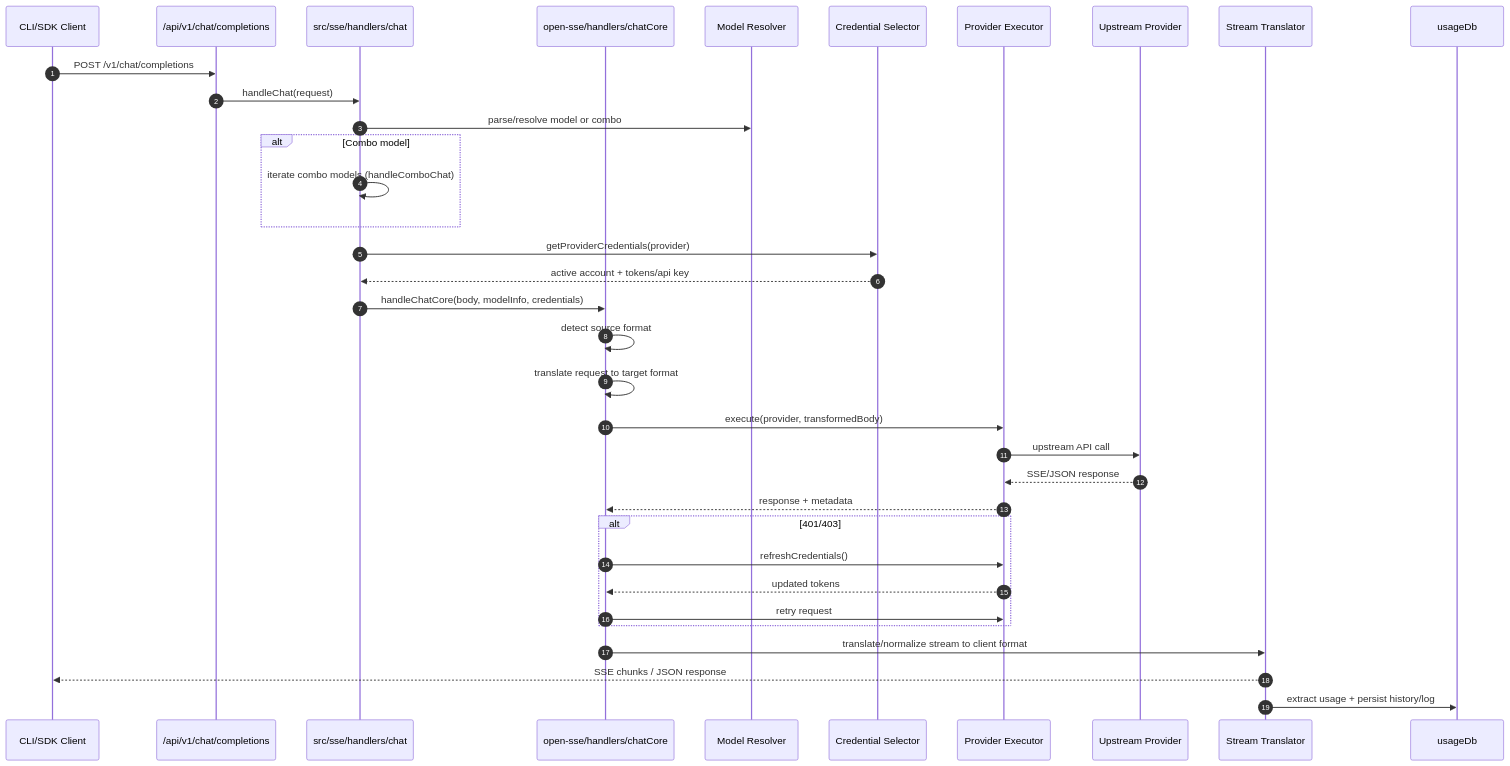
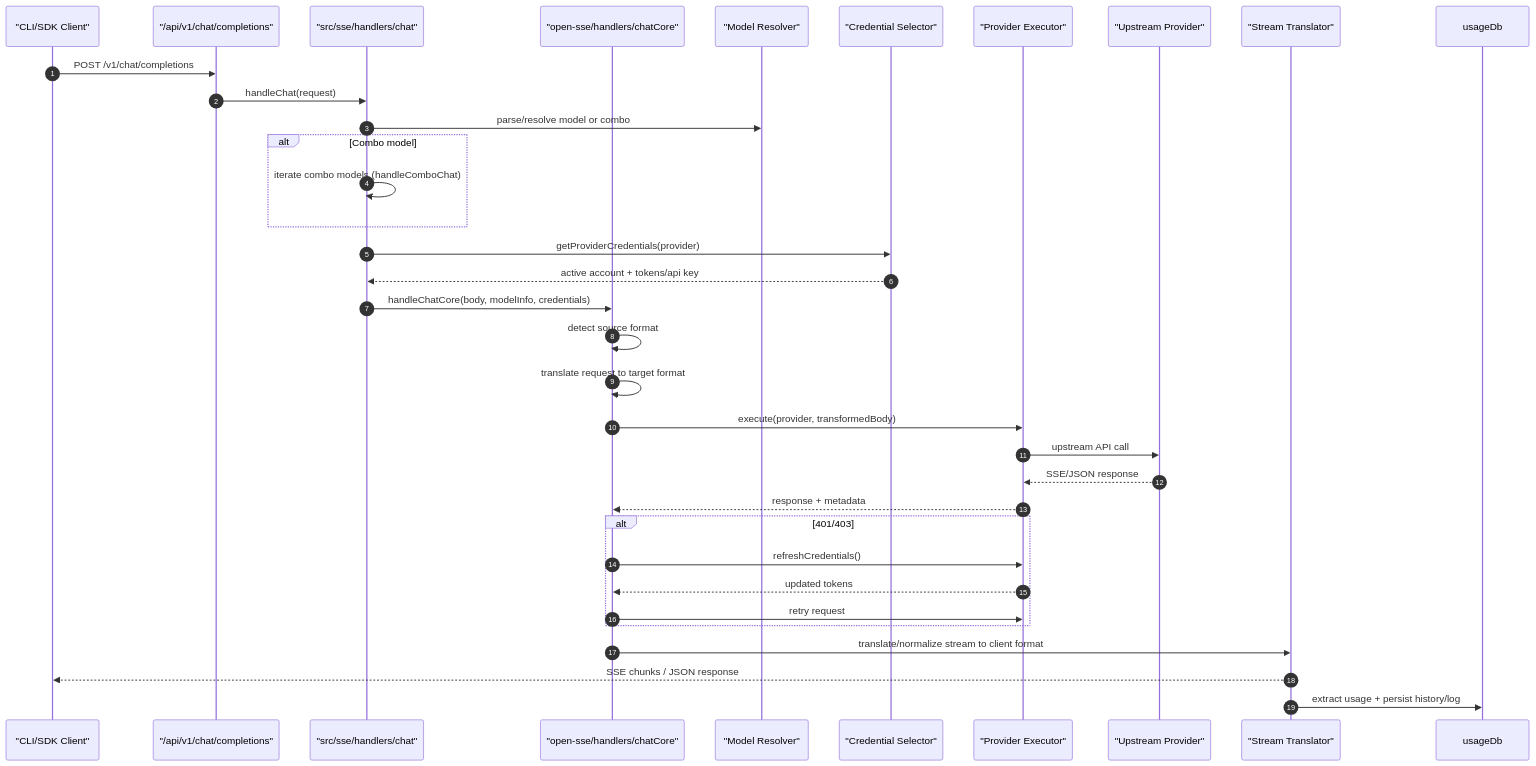
The second of 7 diagrams in docs/ARCHITECTURE.md (dt418/9router-docker), drawn with Mermaid before and after one commit. The commit also changed other lines of this file and 1 other file, not shown here.

Commit message:
docs: fix mermaid diagram rendering issues

````diff
--- a/docs/ARCHITECTURE.md
+++ b/docs/ARCHITECTURE.md
@@ -165,44 +165,44 @@
 ```mermaid
 sequenceDiagram
     autonumber
-    participant Client as CLI/SDK Client
-    participant Route as /api/v1/chat/completions
-    participant Chat as src/sse/handlers/chat
-    participant Core as open-sse/handlers/chatCore
-    participant Model as Model Resolver
-    participant Auth as Credential Selector
-    participant Exec as Provider Executor
-    participant Prov as Upstream Provider
-    participant Stream as Stream Translator
+    participant Client as "CLI/SDK Client"
+    participant Route as "/api/v1/chat/completions"
+    participant Chat as "src/sse/handlers/chat"
+    participant Core as "open-sse/handlers/chatCore"
+    participant Model as "Model Resolver"
+    participant Auth as "Credential Selector"
+    participant Exec as "Provider Executor"
+    participant Prov as "Upstream Provider"
+    participant Stream as "Stream Translator"
     participant Usage as usageDb
 
     Client->>Route: POST /v1/chat/completions
     Route->>Chat: handleChat(request)
     Chat->>Model: parse/resolve model or combo
 
     alt Combo model
         Chat->>Chat: iterate combo models (handleComboChat)
     end
 
     Chat->>Auth: getProviderCredentials(provider)
     Auth-->>Chat: active account + tokens/api key
 
     Chat->>Core: handleChatCore(body, modelInfo, credentials)
     Core->>Core: detect source format
     Core->>Core: translate request to target format
     Core->>Exec: execute(provider, transformedBody)
     Exec->>Prov: upstream API call
     Prov-->>Exec: SSE/JSON response
     Exec-->>Core: response + metadata
 
     alt 401/403
         Core->>Exec: refreshCredentials()
         Exec-->>Core: updated tokens
         Core->>Exec: retry request
     end
 
     Core->>Stream: translate/normalize stream to client format
     Stream-->>Client: SSE chunks / JSON response
 
     Stream->>Usage: extract usage + persist history/log
 ```
````
